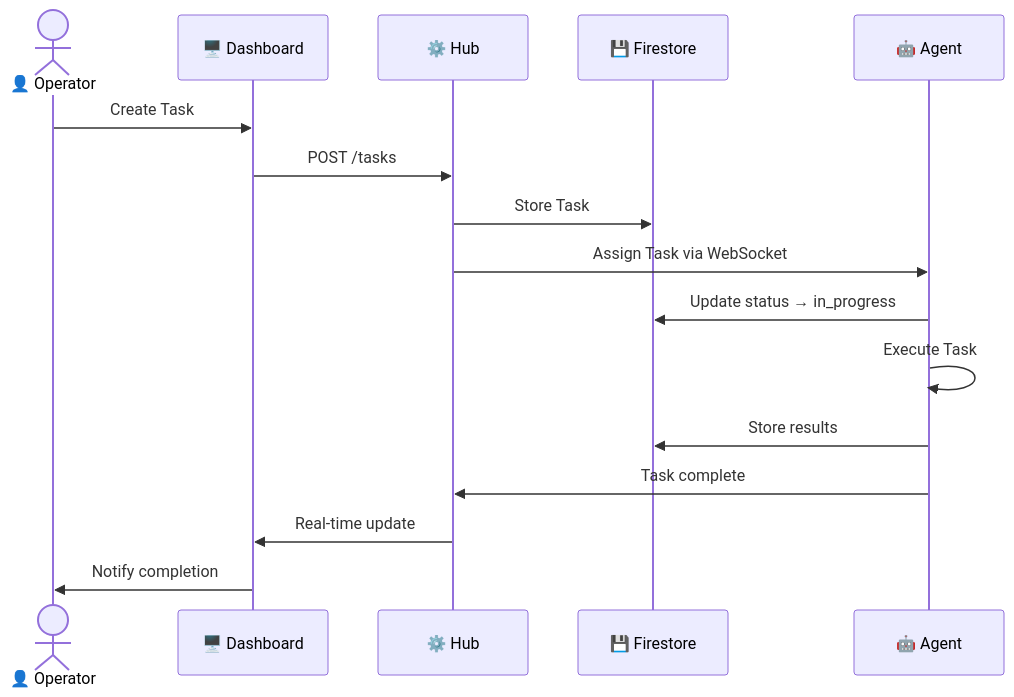
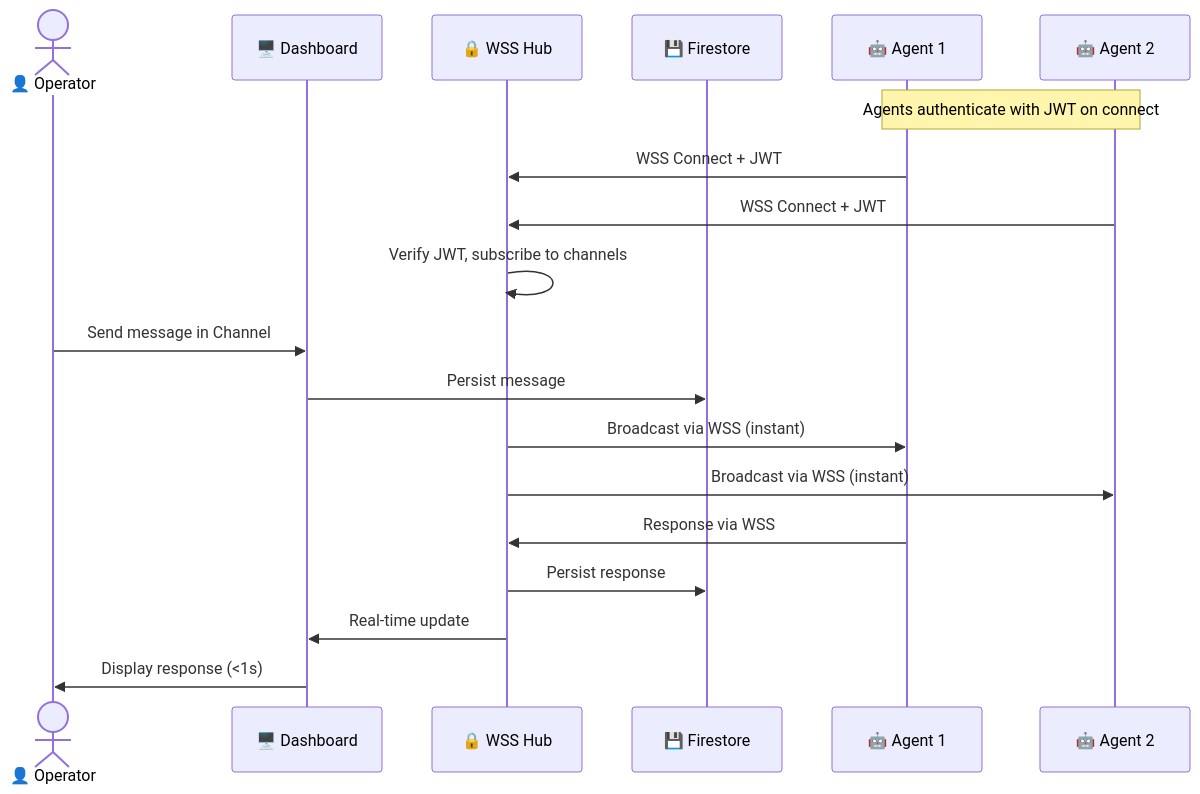
One commit to The-Swarm-Protocol/Swarm changed the second of 4 diagrams in README.md. Above: the diagram before and after it, drawn with Mermaid. The commit also changed other lines of this file, not shown here.

Commit message:
complete README with Hub, security, daemon, logs, onboarding flow diagrams

````diff
--- a/README.md
+++ b/README.md
@@ -140,19 +178,23 @@
 ```mermaid
 sequenceDiagram
-    actor Operator as 👤 Operator
+    actor Op as 👤 Operator
     participant UI as 🖥️ Dashboard
-    participant Hub as ⚙️ Hub
+    participant Hub as 🔒 WSS Hub
     participant DB as 💾 Firestore
-    participant Agent as 🤖 Agent
+    participant A1 as 🤖 Agent 1
+    participant A2 as 🤖 Agent 2
 
-    Operator->>UI: Create Task
-    UI->>Hub: POST /tasks
-    Hub->>DB: Store Task
-    Hub->>Agent: Assign Task via WebSocket
-    Agent->>DB: Update status → in_progress
-    Agent->>Agent: Execute Task
-    Agent->>DB: Store results
-    Agent->>Hub: Task complete
+    Note over A1,A2: Agents authenticate with JWT on connect
+    A1->>Hub: WSS Connect + JWT
+    A2->>Hub: WSS Connect + JWT
+    Hub->>Hub: Verify JWT, subscribe to channels
+
+    Op->>UI: Send message in Channel
+    UI->>DB: Persist message
+    Hub->>A1: Broadcast via WSS (instant)
+    Hub->>A2: Broadcast via WSS (instant)
+    A1->>Hub: Response via WSS
+    Hub->>DB: Persist response
     Hub->>UI: Real-time update
-    UI->>Operator: Notify completion
+    UI->>Op: Display response (<1s)
 ```
````
